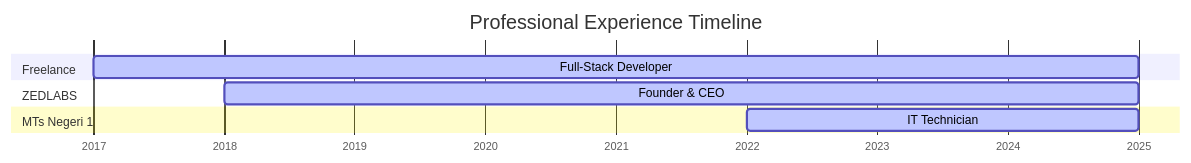
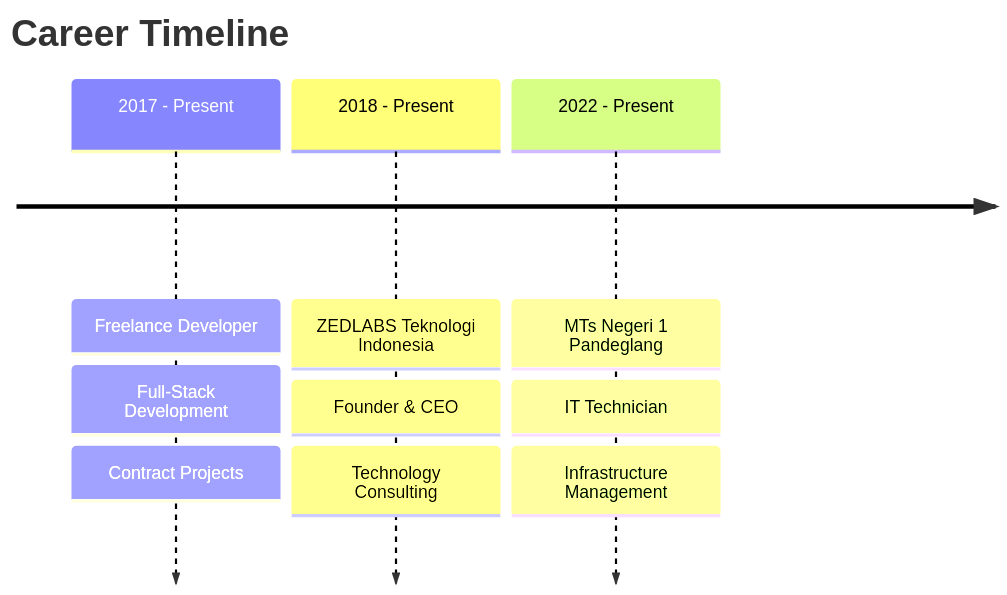
The diagram in README.mdx (zulfikriyahya/zulfikriyahya), drawn with Mermaid before and after one commit.

````diff
--- a/README.mdx
+++ b/README.mdx
@@ -141,15 +141,13 @@
 ```mermaid
-gantt
-    title Professional Experience Timeline
-    dateFormat YYYY
-    axisFormat %Y
-
-    section Freelance
-    Full-Stack Developer    :active, 2017, 2025
-
-    section ZEDLABS
-    Founder & CEO          :active, 2018, 2025
-
-    section MTs Negeri 1
-    IT Technician          :active, 2022, 2025
+timeline
+    title Career Timeline
+    2017 - Present : Freelance Developer
+                   : Full-Stack Development
+                   : Contract Projects
+    2018 - Present : ZEDLABS Teknologi Indonesia
+                   : Founder & CEO
+                   : Technology Consulting
+    2022 - Present : MTs Negeri 1 Pandeglang
+                   : IT Technician
+                   : Infrastructure Management
 ```
````
